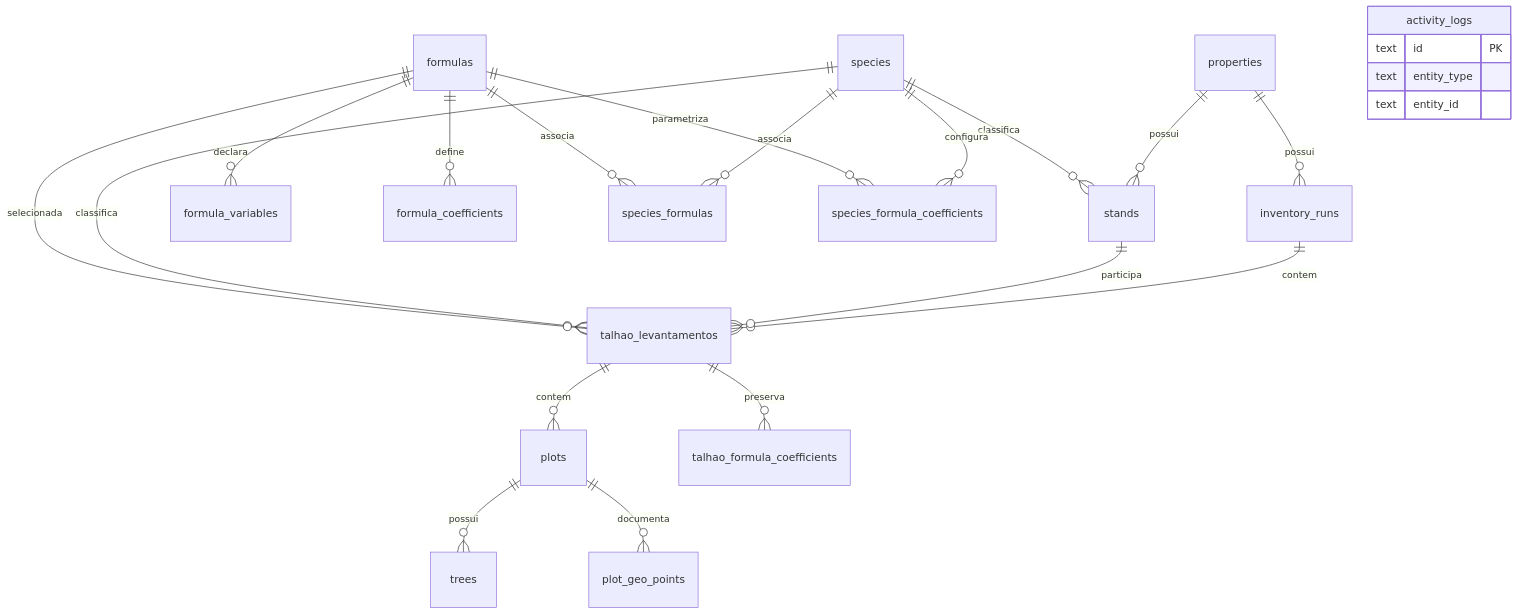
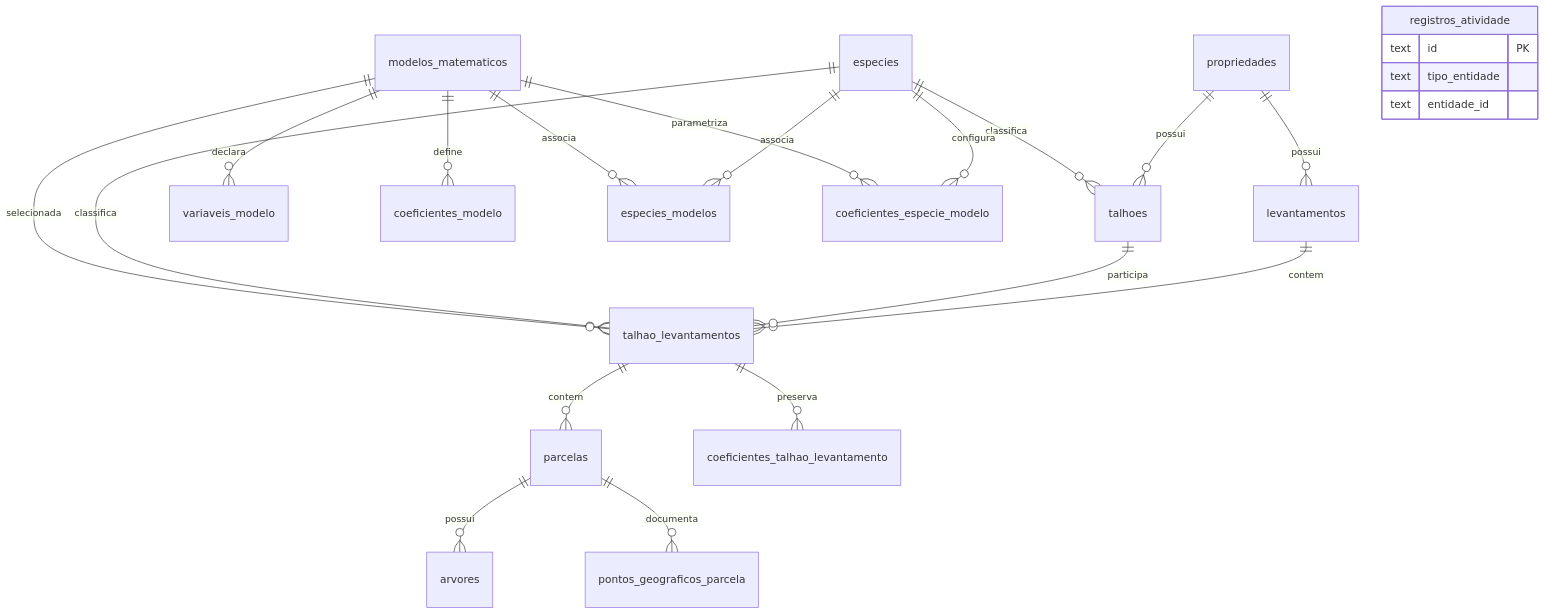
The diagram in tcc_codex_context/docs/diagrams/03_banco_relacionamentos.mmd (mateushernandes10-droid/dendro_mobile), drawn with Mermaid before and after one commit. The commit also changed 110 other files, not shown here.

```diff
--- a/tcc_codex_context/docs/diagrams/03_banco_relacionamentos.mmd
+++ b/tcc_codex_context/docs/diagrams/03_banco_relacionamentos.mmd
@@ -1,23 +1,23 @@
 erDiagram
-    properties ||--o{ stands : possui
-    properties ||--o{ inventory_runs : possui
-    species ||--o{ stands : classifica
-    inventory_runs ||--o{ talhao_levantamentos : contem
-    stands ||--o{ talhao_levantamentos : participa
-    species ||--o{ talhao_levantamentos : classifica
-    formulas ||--o{ talhao_levantamentos : selecionada
-    talhao_levantamentos ||--o{ plots : contem
-    plots ||--o{ trees : possui
-    plots ||--o{ plot_geo_points : documenta
-    formulas ||--o{ formula_variables : declara
-    formulas ||--o{ formula_coefficients : define
-    species ||--o{ species_formulas : associa
-    formulas ||--o{ species_formulas : associa
-    species ||--o{ species_formula_coefficients : configura
-    formulas ||--o{ species_formula_coefficients : parametriza
-    talhao_levantamentos ||--o{ talhao_formula_coefficients : preserva
-    activity_logs {
+    propriedades ||--o{ talhoes : possui
+    propriedades ||--o{ levantamentos : possui
+    especies ||--o{ talhoes : classifica
+    levantamentos ||--o{ talhao_levantamentos : contem
+    talhoes ||--o{ talhao_levantamentos : participa
+    especies ||--o{ talhao_levantamentos : classifica
+    modelos_matematicos ||--o{ talhao_levantamentos : selecionada
+    talhao_levantamentos ||--o{ parcelas : contem
+    parcelas ||--o{ arvores : possui
+    parcelas ||--o{ pontos_geograficos_parcela : documenta
+    modelos_matematicos ||--o{ variaveis_modelo : declara
+    modelos_matematicos ||--o{ coeficientes_modelo : define
+    especies ||--o{ especies_modelos : associa
+    modelos_matematicos ||--o{ especies_modelos : associa
+    especies ||--o{ coeficientes_especie_modelo : configura
+    modelos_matematicos ||--o{ coeficientes_especie_modelo : parametriza
+    talhao_levantamentos ||--o{ coeficientes_talhao_levantamento : preserva
+    registros_atividade {
         text id PK
-        text entity_type
-        text entity_id
+        text tipo_entidade
+        text entidade_id
     }
```
